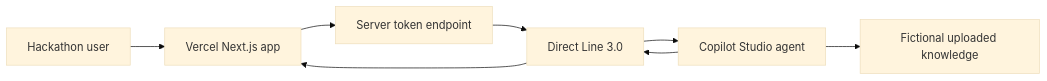
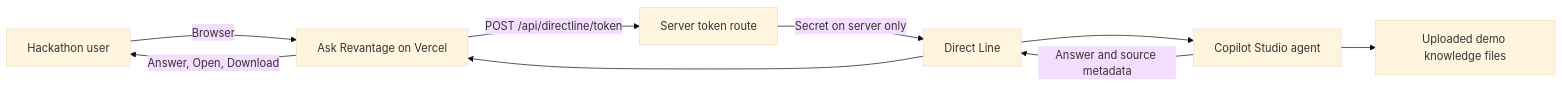
The first of 2 diagrams in README.md (shruti-gupta7/ask-revantage), drawn with Mermaid (base theme) before and after one commit. The commit also changed other lines of this file and 43 other files, not shown here.

````diff
--- a/README.md
+++ b/README.md
@@ -23,9 +80,11 @@
 ```mermaid
 flowchart LR
-  U[Hackathon user] --> V[Vercel Next.js app]
-  V --> T[Server token endpoint]
-  T --> D[Direct Line 3.0]
+  U[Hackathon user] -->|Browser| V[Ask Revantage on Vercel]
+  V -->|POST /api/directline/token| T[Server token route]
+  T -->|Secret on server only| D[Direct Line]
   D --> C[Copilot Studio agent]
-  C --> K[Fictional uploaded knowledge]
-  C --> D --> V
+  C --> K[Uploaded demo knowledge files]
+  C -->|Answer and source metadata| D
+  D --> V
+  V -->|Answer, Open, Download| U
 ```
````
